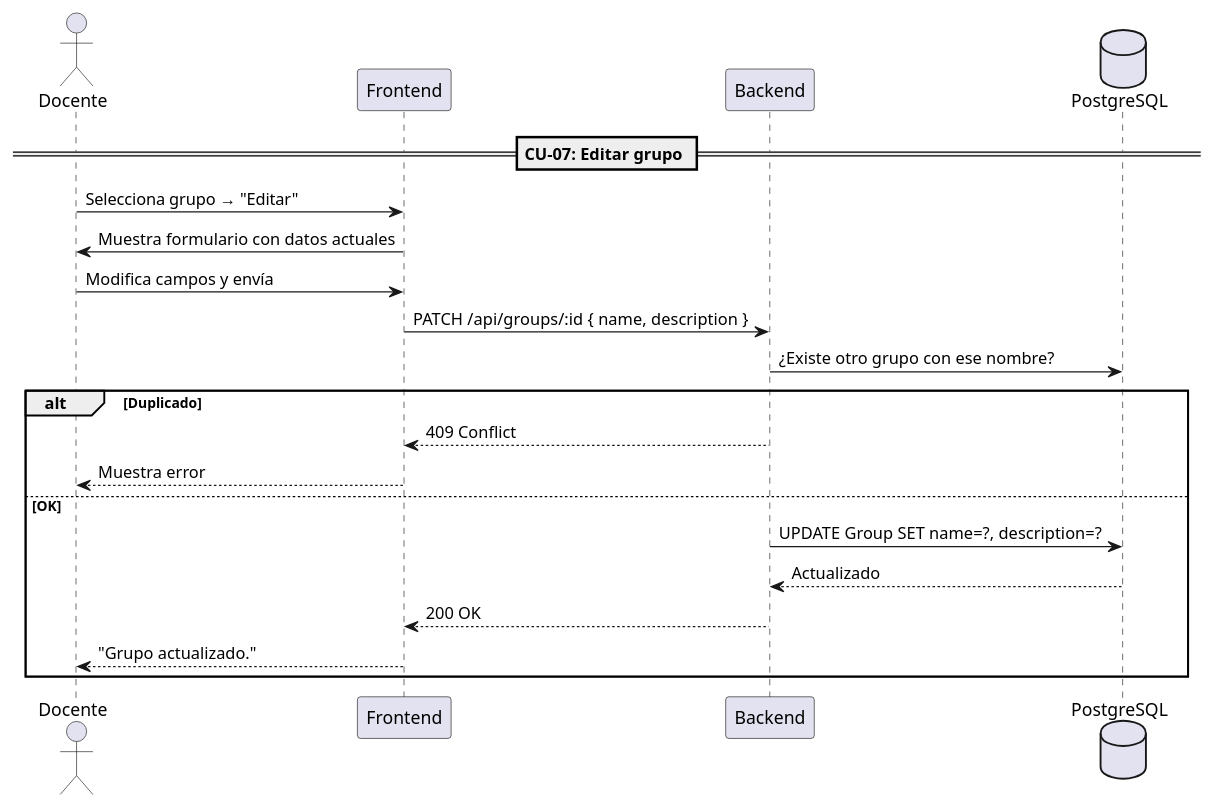
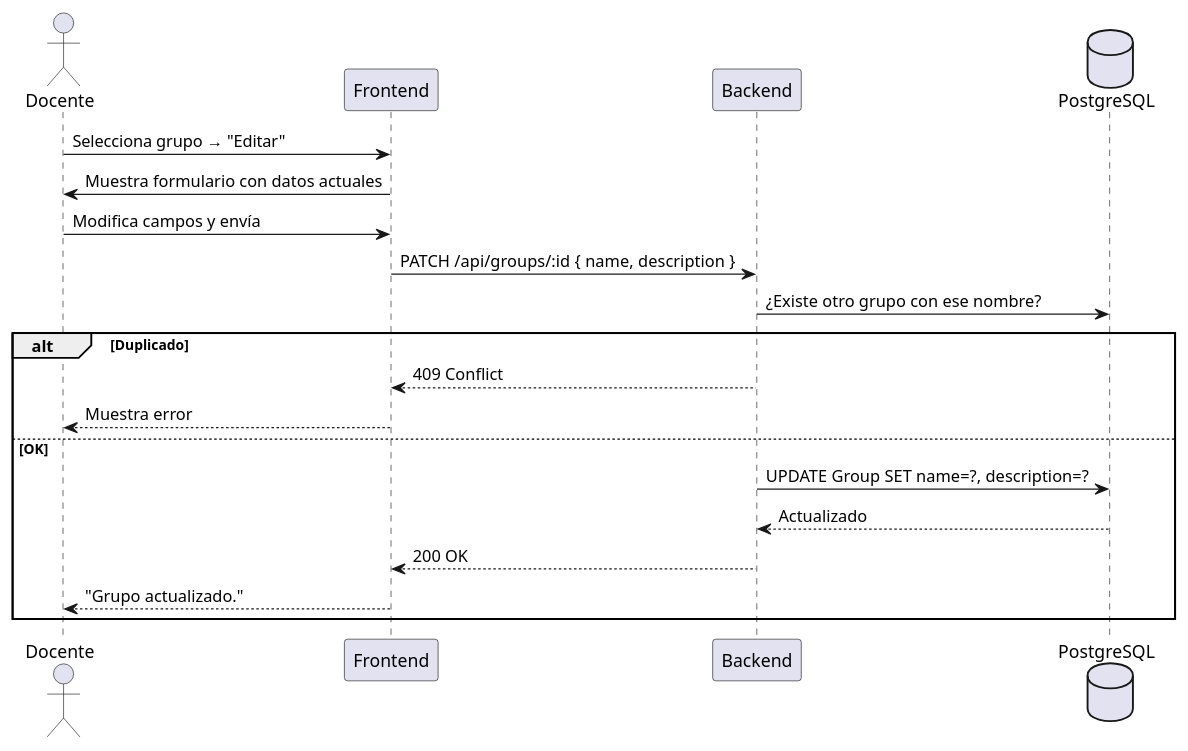
Before and after one commit to LinuxLab-UFPS/LinuxLab: diagram 14 of 52 in docs/annexes/cu-especificacion.md, drawn with PlantUML. The commit also changed other lines of this file and 1 other file, not shown here.

````diff
--- a/docs/annexes/cu-especificacion.md
+++ b/docs/annexes/cu-especificacion.md
@@ -530,28 +666,26 @@
 ```plantuml
 @startuml
 actor Docente as D
 participant "Frontend" as FE
 participant "Backend" as BE
 database "PostgreSQL" as DB
-
-== CU-07: Editar grupo ==
 
 D -> FE : Selecciona grupo → "Editar"
 FE -> D : Muestra formulario con datos actuales
 
 D -> FE : Modifica campos y envía
 FE -> BE : PATCH /api/groups/:id { name, description }
 
 BE -> DB : ¿Existe otro grupo con ese nombre?
 alt Duplicado
   BE --> FE : 409 Conflict
   FE --> D : Muestra error
 else OK
   BE -> DB : UPDATE Group SET name=?, description=?
   DB --> BE : Actualizado
   BE --> FE : 200 OK
   FE --> D : "Grupo actualizado."
 end
 
 @enduml
 ```
````
